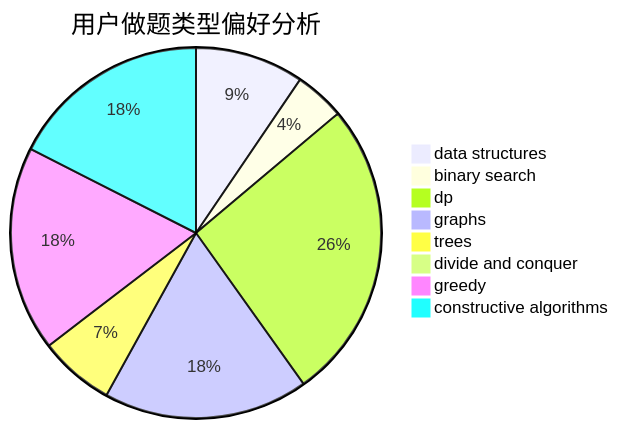
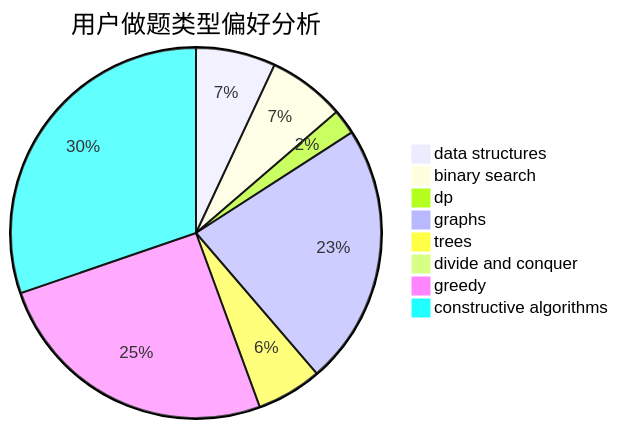
The second of 3 diagrams in docs/user/u1047.md (sherpahu/cfrs.github.io), drawn with Mermaid before and after one commit. The commit also changed other lines of this file and 2770 other files, not shown here.

````diff
--- a/docs/user/u1047.md
+++ b/docs/user/u1047.md
@@ -23,11 +23,11 @@
 ```mermaid
 pie title 用户做题类型偏好分析
-    "data structures" :  26
-    "binary search" :  12
-    "dp" :  72
-    "graphs" :  49
-    "trees" :  18
-    "divide and conquer" :  0
-    "greedy" :  49
-    "constructive algorithms" :  48
+    "data structures" :  89
+    "binary search" :  86
+    "dp" :  28
+    "graphs" :  292
+    "trees" :  73
+    "divide and conquer" :  9
+    "greedy" :  324
+    "constructive algorithms" :  387
 ```
````
